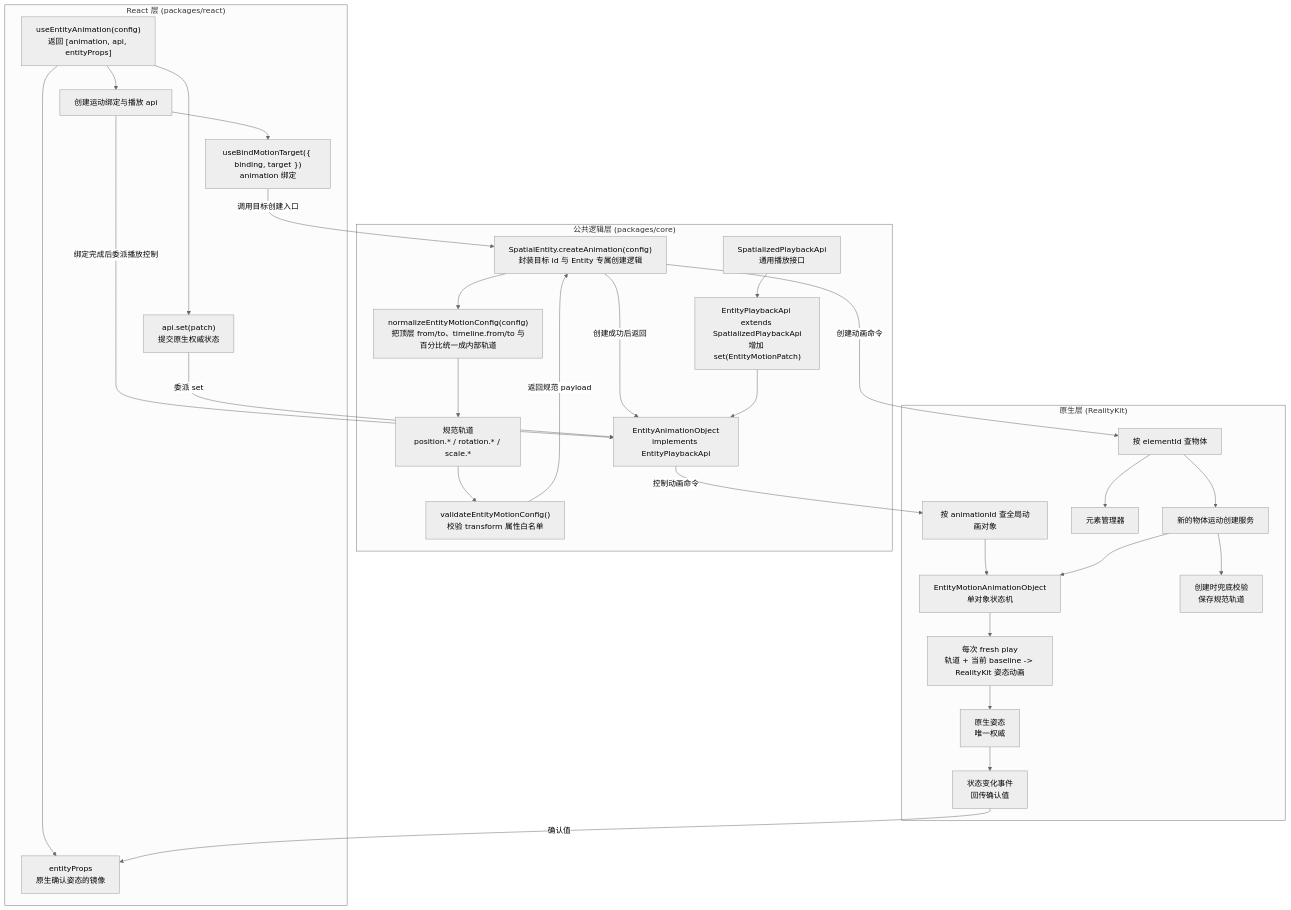
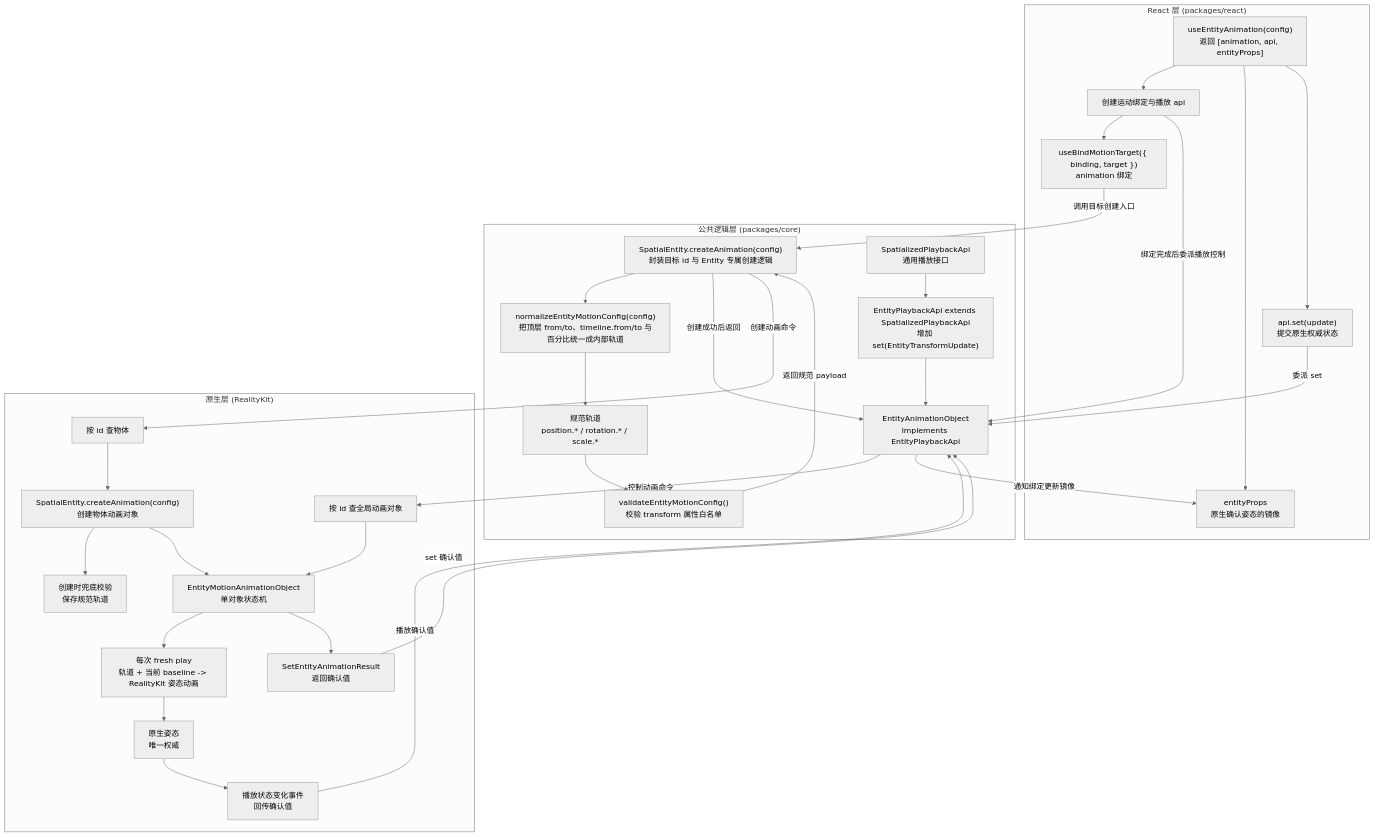
Before and after one commit to webspatial/webspatial-sdk: the first of 14 diagrams in openspec/changes/redesign-entity-motion-api/design.zh.md, drawn with Mermaid (neutral theme). The commit also changed other lines of this file and 7 other files, not shown here.

````diff
--- a/openspec/changes/redesign-entity-motion-api/design.zh.md
+++ b/openspec/changes/redesign-entity-motion-api/design.zh.md
@@ -117,61 +117,63 @@
 ```mermaid
 flowchart TB
     subgraph React["React 层 (packages/react)"]
         UseEntity["useEntityAnimation(config)<br/>返回 [animation, api, entityProps]"]
         ReactBinding["创建运动绑定与播放 api"]
         EntityProps["entityProps<br/>原生确认姿态的镜像"]
-        ApiSet["api.set(patch)<br/>提交原生权威状态"]
+        ApiSet["api.set(update)<br/>提交原生权威状态"]
         BindTarget["useBindMotionTarget({ binding, target })<br/>animation 绑定"]
 
         UseEntity --> ReactBinding
         UseEntity --> EntityProps
         UseEntity --> ApiSet
         ReactBinding --> BindTarget
     end
 
     subgraph Core["公共逻辑层 (packages/core)"]
         EntityCreate["SpatialEntity.createAnimation(config)<br/>封装目标 id 与 Entity 专属创建逻辑"]
         Normalize["normalizeEntityMotionConfig(config)<br/>把顶层 from/to、timeline.from/to 与百分比统一成内部轨道"]
         Tracks["规范轨道<br/>position.* / rotation.* / scale.*"]
         Validate["validateEntityMotionConfig()<br/>校验 transform 属性白名单"]
         PlaybackApi["SpatializedPlaybackApi<br/>通用播放接口"]
-        EntityApi["EntityPlaybackApi extends SpatializedPlaybackApi<br/>增加 set(EntityMotionPatch)"]
+        EntityApi["EntityPlaybackApi extends SpatializedPlaybackApi<br/>增加 set(EntityTransformUpdate)"]
         CoreAnimationObject["EntityAnimationObject<br/>implements EntityPlaybackApi"]
 
         EntityCreate --> Normalize
         Normalize --> Tracks
         Tracks --> Validate
         Validate -->|"返回规范 payload"| EntityCreate
         EntityCreate -->|"创建成功后返回"| CoreAnimationObject
         PlaybackApi --> EntityApi
         EntityApi --> CoreAnimationObject
     end
 
     subgraph Native["原生层 (RealityKit)"]
-        Resolve["按 elementId 查物体"]
-        ResolveAnimation["按 animationId 查全局动画对象"]
-        ElementAdapter["元素管理器"]
-        EntityManager["新的物体运动创建服务"]
+        Resolve["按 id 查物体"]
+        ResolveAnimation["按 id 查全局动画对象"]
+        EntityCreateNative["SpatialEntity.createAnimation(config)<br/>创建物体动画对象"]
         AnimationObject["EntityMotionAnimationObject<br/>单对象状态机"]
         NativeValidate["创建时兜底校验<br/>保存规范轨道"]
         Compile["每次 fresh play<br/>轨道 + 当前 baseline -> RealityKit 姿态动画"]
         Authority["原生姿态<br/>唯一权威"]
-        Event["状态变化事件<br/>回传确认值"]
+        Event["播放状态变化事件<br/>回传确认值"]
+        SetResult["SetEntityAnimationResult<br/>返回确认值"]
 
-        Resolve --> ElementAdapter
-        Resolve --> EntityManager
+        Resolve --> EntityCreateNative
         ResolveAnimation --> AnimationObject
-        EntityManager --> NativeValidate
-        EntityManager --> AnimationObject
+        EntityCreateNative --> NativeValidate
+        EntityCreateNative --> AnimationObject
         AnimationObject --> Compile
         Compile --> Authority
         Authority --> Event
+        AnimationObject --> SetResult
     end
 
     BindTarget -->|"调用目标创建入口"| EntityCreate
     ReactBinding -->|"绑定完成后委派播放控制"| CoreAnimationObject
     ApiSet -->|"委派 set"| CoreAnimationObject
     EntityCreate -->|"创建动画命令"| Resolve
     CoreAnimationObject -->|"控制动画命令"| ResolveAnimation
-    Event -->|"确认值"| EntityProps
+    Event -->|"播放确认值"| CoreAnimationObject
+    SetResult -->|"set 确认值"| CoreAnimationObject
+    CoreAnimationObject -->|"通知绑定更新镜像"| EntityProps
 ```
````
